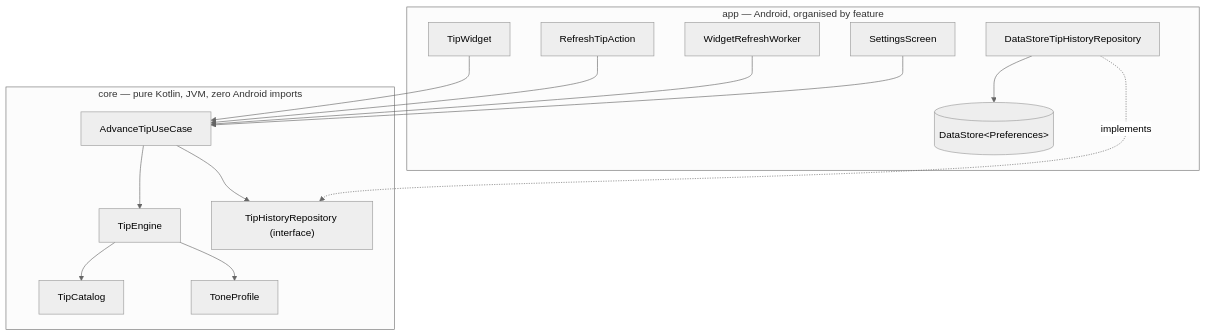
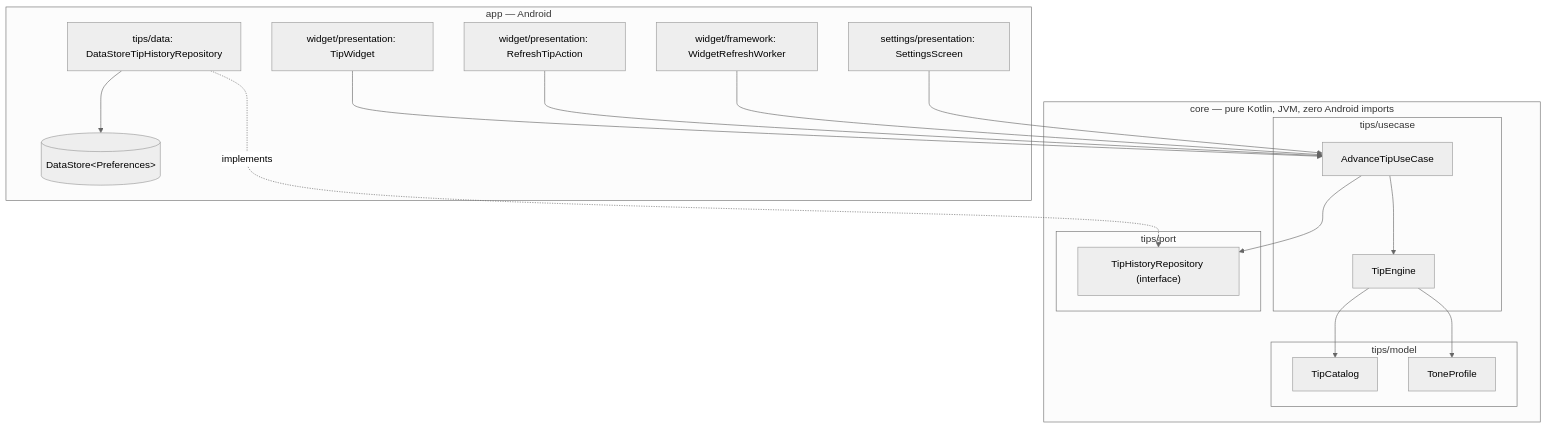
The diagram in README.md (alexanderkova033/SapGlance), drawn with Mermaid (neutral theme) before and after one commit. The commit also changed other lines of this file and 62 other files, not shown here.

````diff
--- a/README.md
+++ b/README.md
@@ -86,25 +115,36 @@
 ```mermaid
 graph TD
     subgraph core["core — pure Kotlin, JVM, zero Android imports"]
+        subgraph coreUseCase["tips/usecase"]
+            TipEngine
+            AdvanceTipUseCase
+        end
+        subgraph coreModel["tips/model"]
+            TipCatalog
+            ToneProfile
+        end
+        subgraph corePort["tips/port"]
+            TipHistoryRepository["TipHistoryRepository (interface)"]
+        end
         TipEngine --> TipCatalog
         TipEngine --> ToneProfile
         AdvanceTipUseCase --> TipEngine
-        AdvanceTipUseCase --> TipHistoryRepository["TipHistoryRepository (interface)"]
+        AdvanceTipUseCase --> TipHistoryRepository
     end
 
-    subgraph app["app — Android, organised by feature"]
-        TipWidget
-        RefreshTipAction
-        WidgetRefreshWorker
-        SettingsScreen
-        DataStoreTipHistoryRepository
+    subgraph app["app — Android"]
+        TipWidget["widget/presentation: TipWidget"]
+        RefreshTipAction["widget/presentation: RefreshTipAction"]
+        WidgetRefreshWorker["widget/framework: WidgetRefreshWorker"]
+        SettingsScreen["settings/presentation: SettingsScreen"]
+        DataStoreTipHistoryRepository["tips/data: DataStoreTipHistoryRepository"]
         DataStore[("DataStore&lt;Preferences&gt;")]
     end
 
     TipWidget --> AdvanceTipUseCase
     RefreshTipAction --> AdvanceTipUseCase
     WidgetRefreshWorker --> AdvanceTipUseCase
     SettingsScreen --> AdvanceTipUseCase
     DataStoreTipHistoryRepository -.implements.-> TipHistoryRepository
     DataStoreTipHistoryRepository --> DataStore
 ```
````
